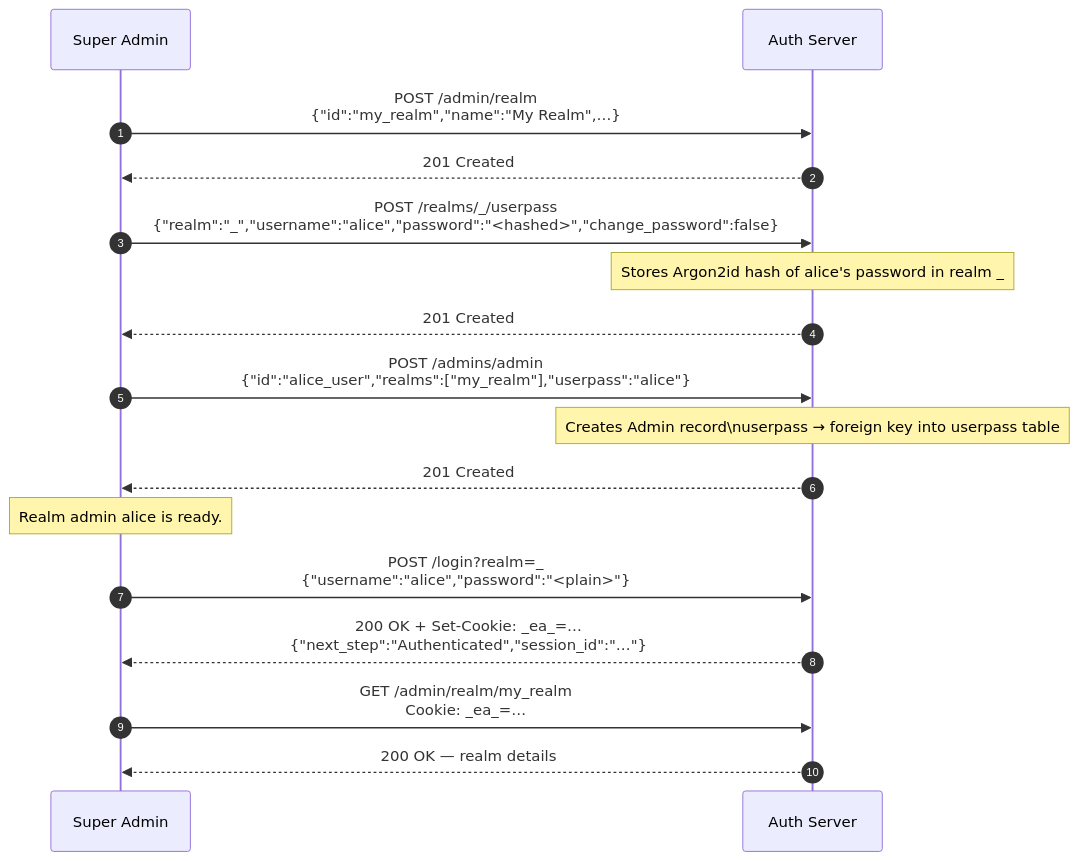
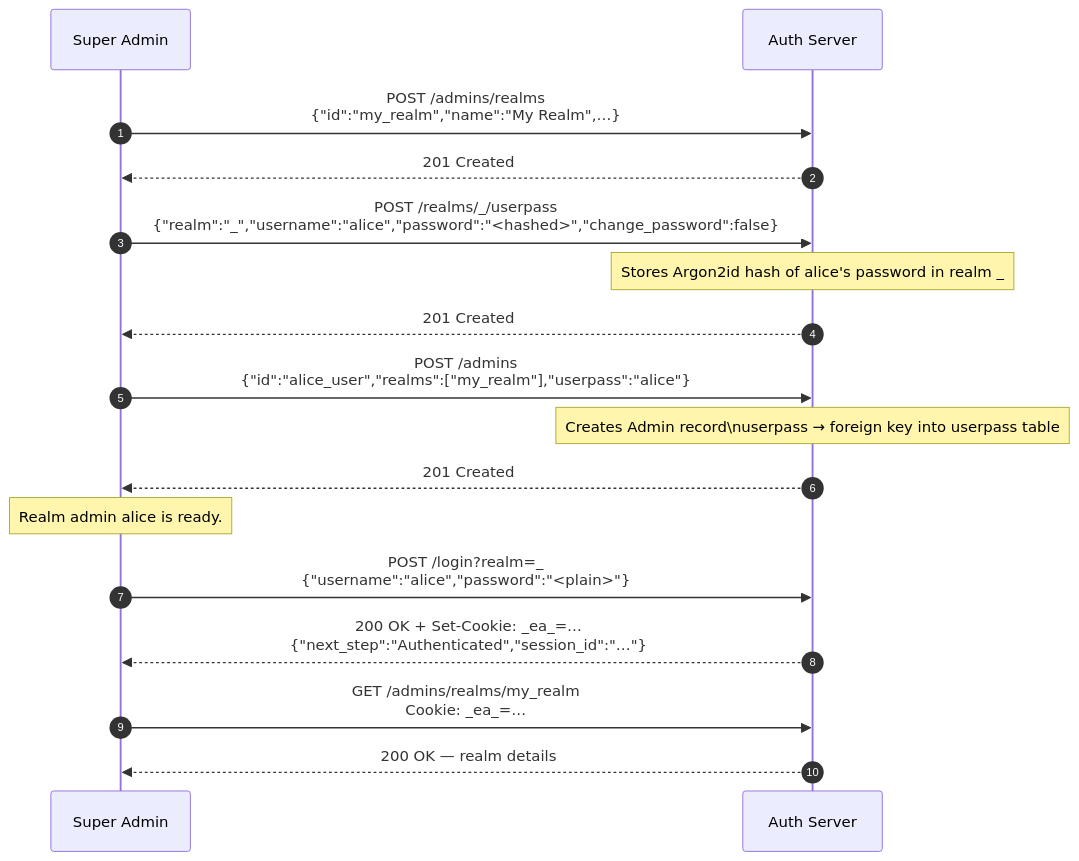
The third of 3 diagrams in server/documentation/authorization_and_administration.md (Cosmian/authentication), drawn with Mermaid before and after one commit. The commit also changed other lines of this file and 9 other files, not shown here.

````diff
--- a/server/documentation/authorization_and_administration.md
+++ b/server/documentation/authorization_and_administration.md
@@ -213,24 +211,24 @@
 ```mermaid
 sequenceDiagram
     autonumber
     participant SA as Super Admin
     participant EA as Auth Server
 
-    SA->>EA: POST /admin/realm<br/>{"id":"my_realm","name":"My Realm",…}
+    SA->>EA: POST /admins/realms<br/>{"id":"my_realm","name":"My Realm",…}
     EA-->>SA: 201 Created
 
     SA->>EA: POST /realms/_/userpass<br/>{"realm":"_","username":"alice","password":"<hashed>","change_password":false}
     note over EA: Stores Argon2id hash of alice's password in realm _
     EA-->>SA: 201 Created
 
-    SA->>EA: POST /admins/admin<br/>{"id":"alice_user","realms":["my_realm"],"userpass":"alice"}
+    SA->>EA: POST /admins<br/>{"id":"alice_user","realms":["my_realm"],"userpass":"alice"}
     note over EA: Creates Admin record\nuserpass → foreign key into userpass table
     EA-->>SA: 201 Created
 
     note over SA: Realm admin alice is ready.
     SA->>EA: POST /login?realm=_<br/>{"username":"alice","password":"<plain>"}
     EA-->>SA: 200 OK + Set-Cookie: _ea_=…<br/>{"next_step":"Authenticated","session_id":"…"}
 
-    SA->>EA: GET /admin/realm/my_realm<br/>Cookie: _ea_=…
+    SA->>EA: GET /admins/realms/my_realm<br/>Cookie: _ea_=…
     EA-->>SA: 200 OK — realm details
 ```
````
